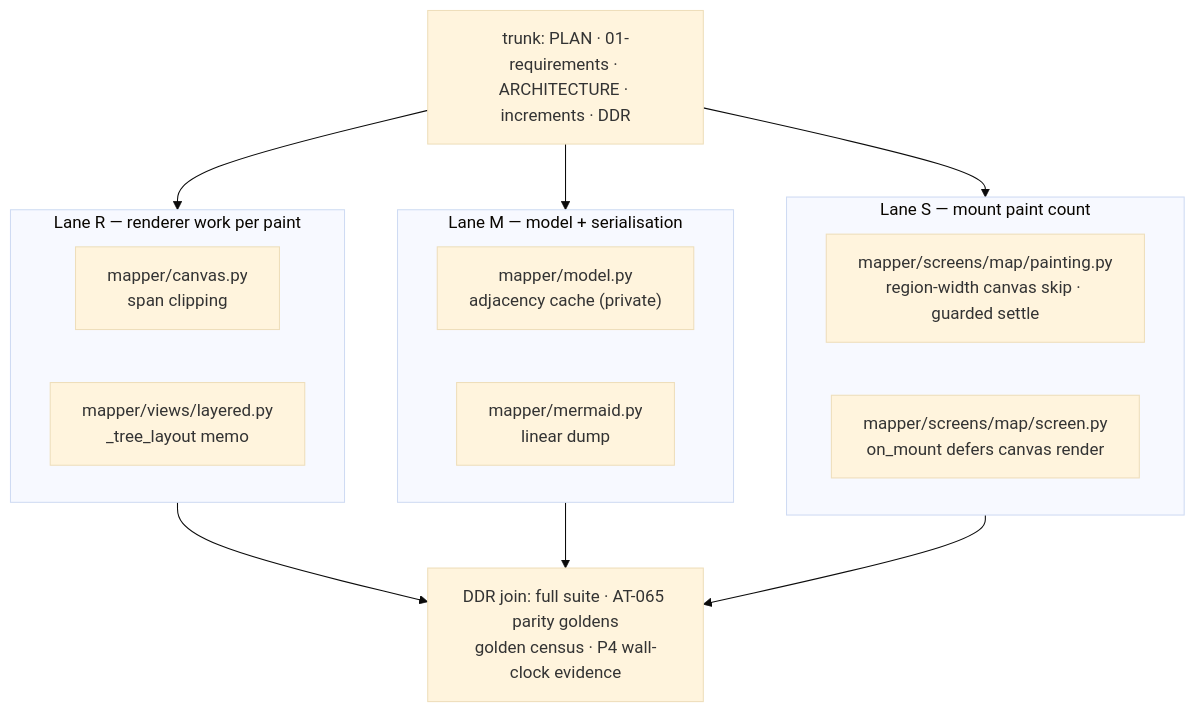
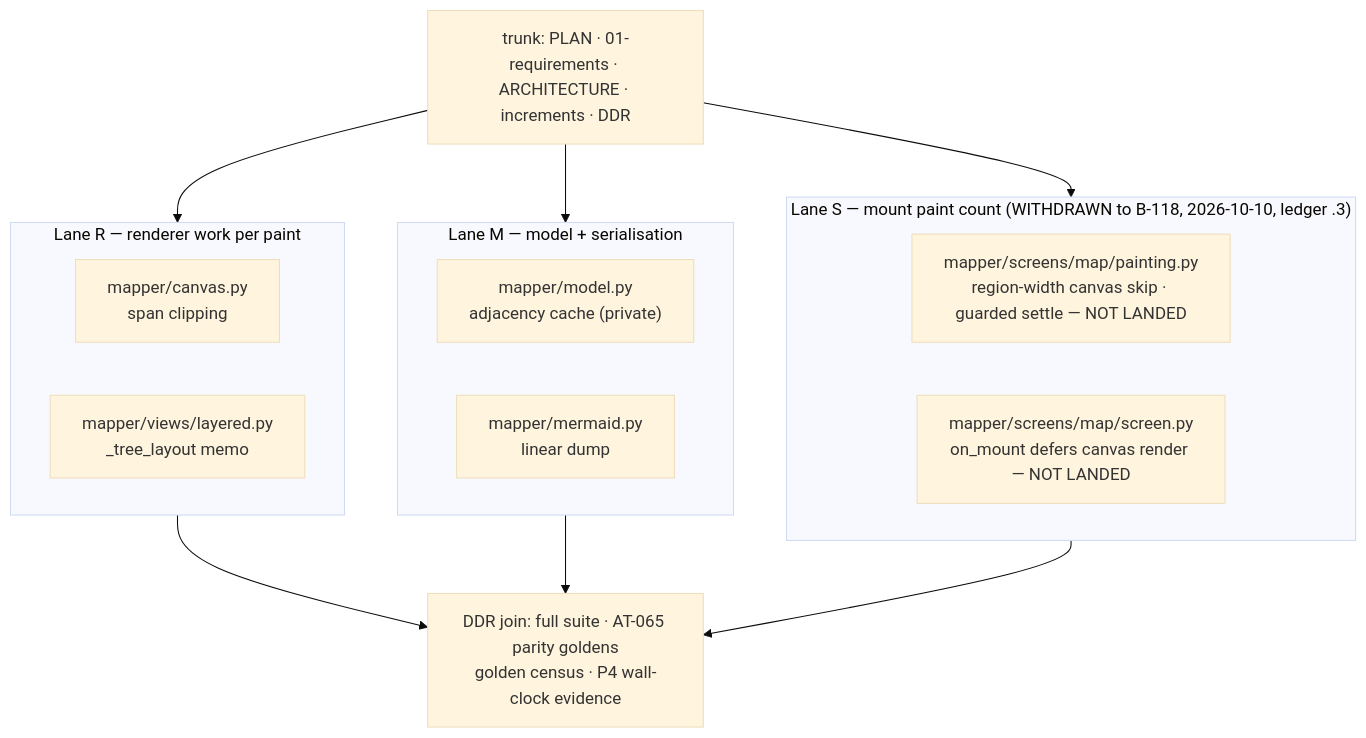
Before and after one commit to jav201/mapper: the first of 2 diagrams in .dev-flow/2026-10-10-perf-batch/design/design-proposal.md, drawn with Mermaid (base theme). The commit also changed other lines of this file and 4 other files, not shown here.

Commit message:
docs(dev-flow): perf Lane S withdrawn to B-118 (spike inconclusive), LED .3 (Kimi)

````diff
--- a/.dev-flow/2026-10-10-perf-batch/design/design-proposal.md
+++ b/.dev-flow/2026-10-10-perf-batch/design/design-proposal.md
@@ -107,21 +114,21 @@
 ```mermaid
 flowchart TD
     trunk["trunk: PLAN · 01-requirements · ARCHITECTURE · increments · DDR"]
     subgraph laneR ["Lane R — renderer work per paint"]
         r1["mapper/canvas.py<br/>span clipping"]
         r2["mapper/views/layered.py<br/>_tree_layout memo"]
     end
     subgraph laneM ["Lane M — model + serialisation"]
         m1["mapper/model.py<br/>adjacency cache (private)"]
         m2["mapper/mermaid.py<br/>linear dump"]
     end
-    subgraph laneS ["Lane S — mount paint count"]
-        s1["mapper/screens/map/painting.py<br/>region-width canvas skip · guarded settle"]
-        s2["mapper/screens/map/screen.py<br/>on_mount defers canvas render"]
+    subgraph laneS ["Lane S — mount paint count (WITHDRAWN to B-118, 2026-10-10, ledger .3)"]
+        s1["mapper/screens/map/painting.py<br/>region-width canvas skip · guarded settle — NOT LANDED"]
+        s2["mapper/screens/map/screen.py<br/>on_mount defers canvas render — NOT LANDED"]
     end
     ddr["DDR join: full suite · AT-065 parity goldens<br/>golden census · P4 wall-clock evidence"]
     trunk --> laneR & laneM & laneS
     laneR --> ddr
     laneM --> ddr
     laneS --> ddr
 ```
````
